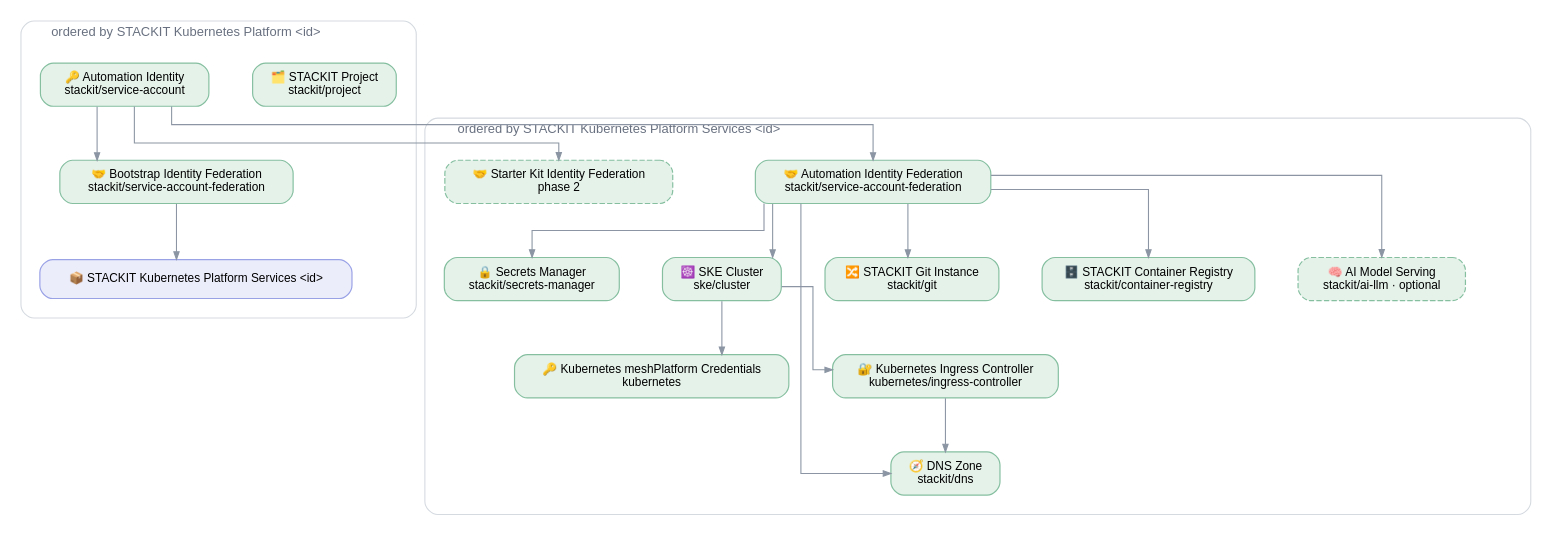
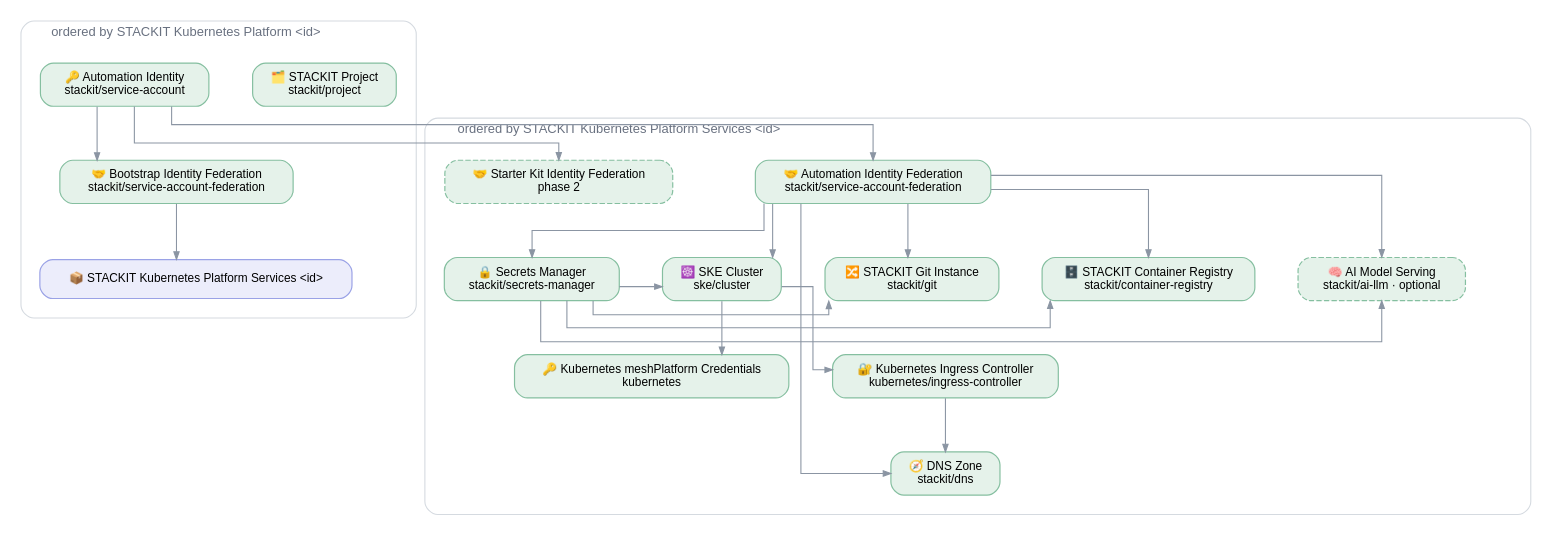
Before and after one commit to meshcloud/meshstack-hub: the diagram in reference-architectures/stackit-kubernetes/stackit-kubernetes-building-blocks.dot, drawn with Graphviz. The commit also changed 4 other files, not shown here.

```diff
--- a/reference-architectures/stackit-kubernetes/stackit-kubernetes-building-blocks.dot
+++ b/reference-architectures/stackit-kubernetes/stackit-kubernetes-building-blocks.dot
@@ -1,66 +1,70 @@
 /*
  * Building blocks of the STACKIT Kubernetes Platform, with their parents as meshPanel shows them.
  * Every box is a building block and every arrow points from parent to child; the frames show which
  * run orders the boxes inside them.
  * Conventions: .agents/references/diagrams.md — render with: task diagrams
  */
 digraph stackit_kubernetes_building_blocks {
   rankdir=TB
   splines=ortho
   bgcolor="white"
   nodesep=0.55
   ranksep=0.7
 
   node [shape=box style="rounded,filled" fontname="Helvetica" fontsize=11
         fillcolor="#e5f2ea" color="#85bfa0" penwidth=1.1 margin="0.20,0.11"]
   edge [color="#8b95a3" arrowsize=0.7]
 
   subgraph cluster_outer {
     label="  ordered by STACKIT Kubernetes Platform <id>"
     labeljust=l
     fontname="Helvetica" fontsize=12 fontcolor="#697180"
     style="rounded" color="#d5dae0"
     margin=18
 
     PRJ   [label="🗂️ STACKIT Project\nstackit/project"]
     SA    [label="🔑 Automation Identity\nstackit/service-account"]
     BOOT  [label="🤝 Bootstrap Identity Federation\nstackit/service-account-federation"]
     SVC   [label="📦 STACKIT Kubernetes Platform Services <id>" fillcolor="#ecedfb" color="#9aa2e6"]
   }
 
   subgraph cluster_platform {
     label="  ordered by STACKIT Kubernetes Platform Services <id>"
     labeljust=l
     fontname="Helvetica" fontsize=12 fontcolor="#697180"
     style="rounded" color="#d5dae0"
     margin=18
 
     FED     [label="🤝 Automation Identity Federation\nstackit/service-account-federation"]
     SKFED   [label="🤝 Starter Kit Identity Federation\nphase 2" style="rounded,filled,dashed"]
     SM      [label="🔒 Secrets Manager\nstackit/secrets-manager"]
     CLUSTER [label="☸️ SKE Cluster\nske/cluster"]
     GIT     [label="🔀 STACKIT Git Instance\nstackit/git"]
     REG     [label="🗄️ STACKIT Container Registry\nstackit/container-registry"]
     AI      [label="🧠 AI Model Serving\nstackit/ai-llm · optional" style="rounded,filled,dashed"]
     CREDS   [label="🔑 Kubernetes meshPlatform Credentials\nkubernetes"]
     ING     [label="🔐 Kubernetes Ingress Controller\nkubernetes/ingress-controller"]
     DNS     [label="🧭 DNS Zone\nstackit/dns"]
 
     { rank=same; SM -> CLUSTER -> GIT -> REG -> AI [style=invis] }
     { rank=same; CREDS -> ING [style=invis] }
   }
 
   SA      -> BOOT
   BOOT    -> SVC
   SA      -> FED
   SA      -> SKFED
   FED     -> SM
   FED     -> CLUSTER
   FED     -> GIT
   FED     -> REG
   FED     -> AI
+  SM      -> CLUSTER
+  SM      -> GIT [constraint=false]
+  SM      -> REG [constraint=false]
+  SM      -> AI [constraint=false]
   CLUSTER -> CREDS
   CLUSTER -> ING
   ING     -> DNS
   FED     -> DNS [constraint=false]
 }
```
